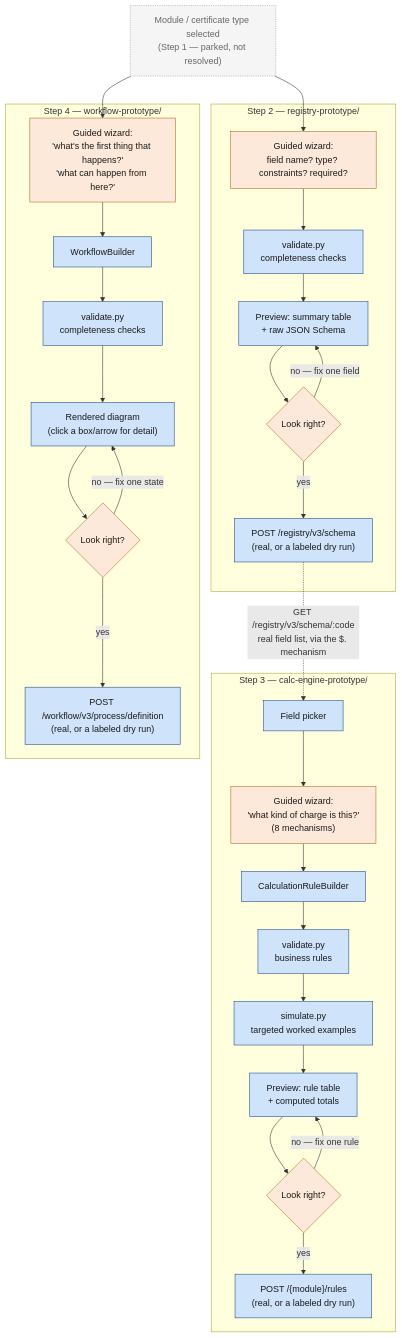
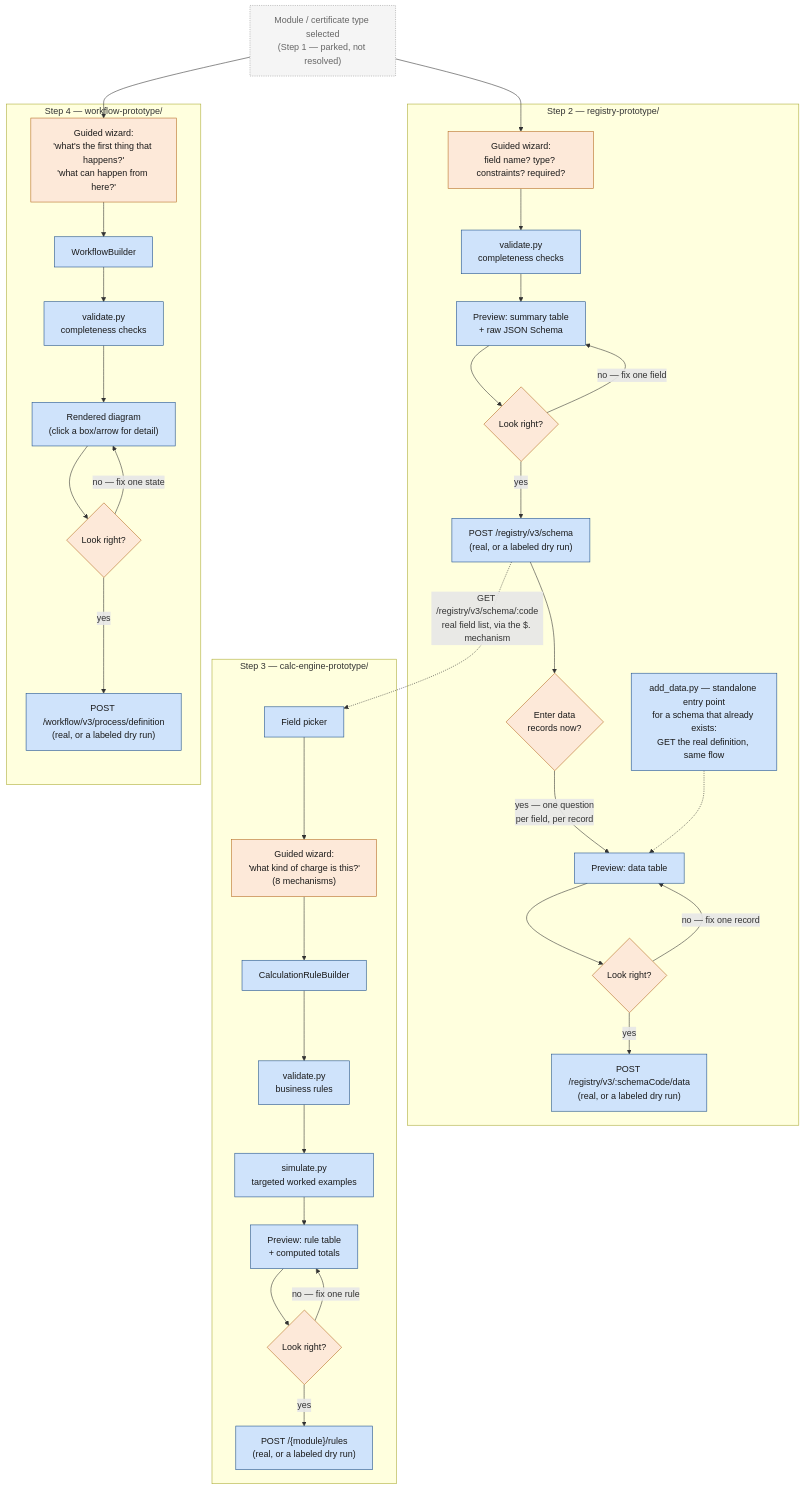
The diagram in DEMO-2026-07-15.md (srujana-egov/policy-to-calc-spec), drawn with Mermaid before and after one commit.

Commit message:
Add the registry data-entry endpoint to the architecture diagram
The diagram only showed POST /registry/v3/schema (schema authoring) -- registry-prototype
also has a real, tested second phase (data_entry.py/add_data.py) that writes actual data
records against that schema via POST /registry/v3/:schemaCode/data. Now both are shown.

````diff
--- a/DEMO-2026-07-15.md
+++ b/DEMO-2026-07-15.md
@@ -38,41 +38,47 @@
 ```mermaid
 flowchart TD
     M["Module / certificate type selected<br/>(Step 1 — parked, not resolved)"]:::parked --> S2WIZ
     M --> S4A
 
     subgraph STEP2["Step 2 — registry-prototype/"]
         S2WIZ["Guided wizard:<br/>field name? type? constraints? required?"]:::human --> S2VAL
         S2VAL["validate.py<br/>completeness checks"]:::code --> S2PREVIEW
         S2PREVIEW["Preview: summary table<br/>+ raw JSON Schema"]:::code --> S2CONFIRM
         S2CONFIRM{"Look right?"}:::human
         S2CONFIRM -->|"no — fix one field"| S2PREVIEW
         S2CONFIRM -->|yes| S2W["POST /registry/v3/schema<br/>(real, or a labeled dry run)"]:::code
+        S2W --> S2DATAQ{"Enter data<br/>records now?"}:::human
+        S2DATAQ -->|"yes — one question<br/>per field, per record"| S2DATAPREVIEW["Preview: data table"]:::code --> S2DATACONFIRM
+        S2DATACONFIRM{"Look right?"}:::human
+        S2DATACONFIRM -->|"no — fix one record"| S2DATAPREVIEW
+        S2DATACONFIRM -->|yes| S2DATAW["POST /registry/v3/:schemaCode/data<br/>(real, or a labeled dry run)"]:::code
+        S2ADDDATA["add_data.py — standalone entry point<br/>for a schema that already exists:<br/>GET the real definition, same flow"]:::code -.-> S2DATAPREVIEW
     end
 
     subgraph STEP3["Step 3 — calc-engine-prototype/"]
         S2W -.->|"GET /registry/v3/schema/:code<br/>real field list, via the $. mechanism"| S3FIELD
         S3FIELD["Field picker"]:::code --> S3WIZ
         S3WIZ["Guided wizard:<br/>'what kind of charge is this?'<br/>(8 mechanisms)"]:::human --> S3BUILD
         S3BUILD["CalculationRuleBuilder"]:::code --> S3VAL
         S3VAL["validate.py<br/>business rules"]:::code --> S3SIM
         S3SIM["simulate.py<br/>targeted worked examples"]:::code --> S3PREVIEW
         S3PREVIEW["Preview: rule table<br/>+ computed totals"]:::code --> S3CONFIRM
         S3CONFIRM{"Look right?"}:::human
         S3CONFIRM -->|"no — fix one rule"| S3PREVIEW
         S3CONFIRM -->|yes| S3W["POST /{module}/rules<br/>(real, or a labeled dry run)"]:::code
     end
 
     subgraph STEP4["Step 4 — workflow-prototype/"]
         S4A["Guided wizard:<br/>'what's the first thing that happens?'<br/>'what can happen from here?'"]:::human --> S4BUILD
         S4BUILD["WorkflowBuilder"]:::code --> S4VAL
         S4VAL["validate.py<br/>completeness checks"]:::code --> S4DIAG
         S4DIAG["Rendered diagram<br/>(click a box/arrow for detail)"]:::code --> S4CONFIRM
         S4CONFIRM{"Look right?"}:::human
         S4CONFIRM -->|"no — fix one state"| S4DIAG
         S4CONFIRM -->|yes| S4W["POST /workflow/v3/process/definition<br/>(real, or a labeled dry run)"]:::code
     end
 
     classDef human fill:#fde9d9,stroke:#b56a1f,color:#1a1a1a
     classDef code fill:#cfe3fb,stroke:#1b4d89,color:#1a1a1a
     classDef parked fill:#f5f5f5,stroke:#999,color:#666,stroke-dasharray: 2 2
 ```
````
